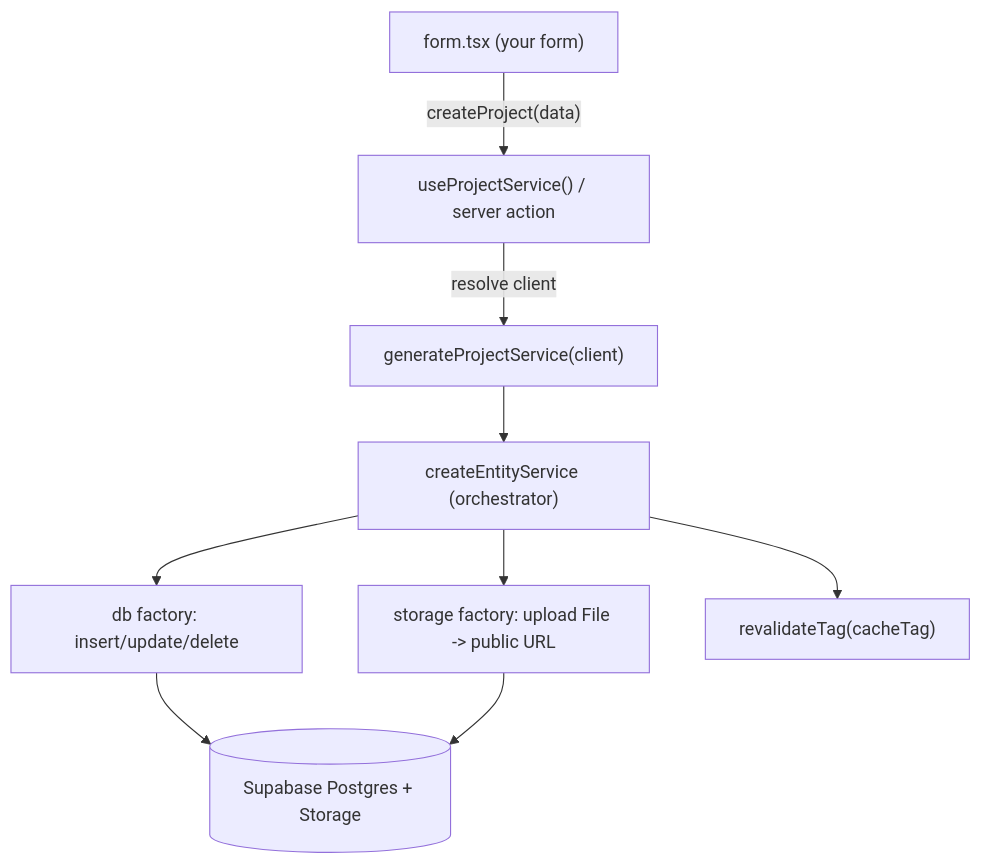
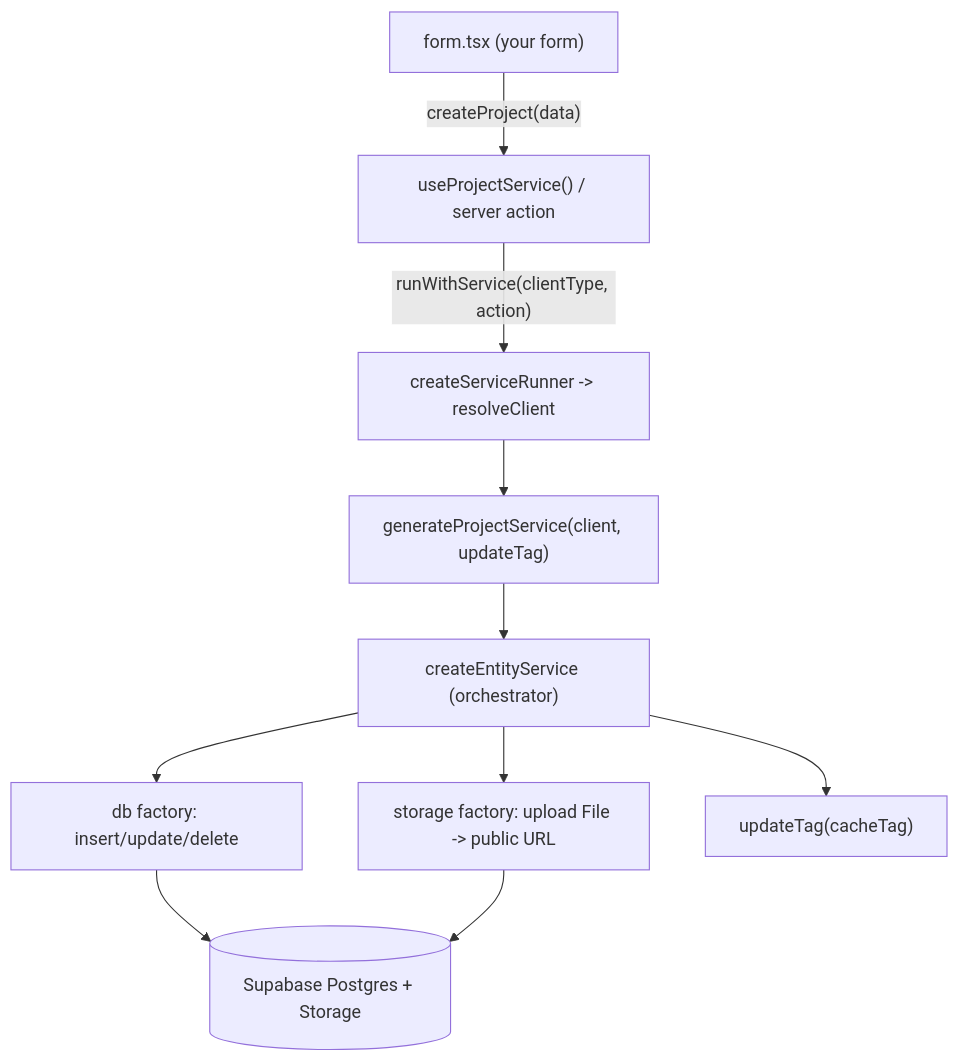
Before and after one commit to Omar-Ra7al/supabase-backend-orchestrator: the first of 2 diagrams in README.md, drawn with Mermaid. The commit also changed other lines of this file and 14 other files, not shown here.

````diff
--- a/README.md
+++ b/README.md
@@ -111,11 +109,12 @@
 ```mermaid
 flowchart TD
   Form["form.tsx (your form)"] -->|"createProject(data)"| Hook["useProjectService() / server action"]
-  Hook -->|"resolve client"| Gen["generateProjectService(client)"]
+  Hook -->|"runWithService(clientType, action)"| Runner["createServiceRunner -> resolveClient"]
+  Runner --> Gen["generateProjectService(client, updateTag)"]
   Gen --> Orch["createEntityService (orchestrator)"]
   Orch --> Storage["storage factory: upload File -> public URL"]
   Orch --> Db["db factory: insert/update/delete"]
-  Orch --> Cache["revalidateTag(cacheTag)"]
+  Orch --> Cache["updateTag(cacheTag)"]
   Db --> Supabase[("Supabase Postgres + Storage")]
   Storage --> Supabase
 ```
````
